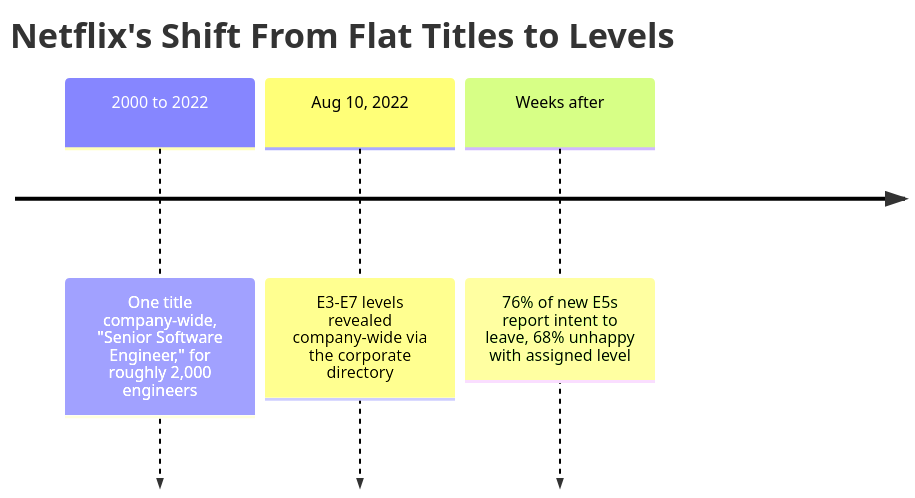
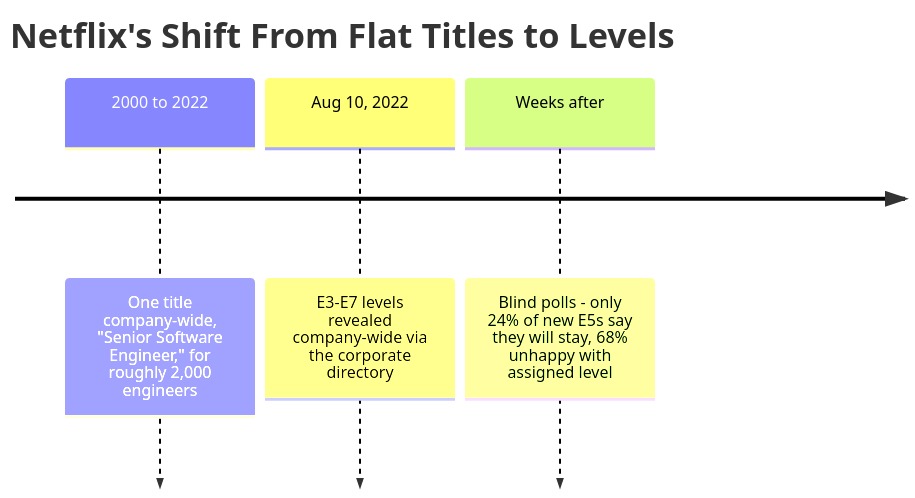
One commit to rppol/system-design changed the sixth of 6 diagrams in src/main/java/com/rutik/systemdesign/soft_skills/engineering_career_ladders/engineering_career_ladders.md. Above: the diagram before and after it, drawn with Mermaid. The commit also changed other lines of this file and 30 other files, not shown here.

````diff
--- a/src/main/java/com/rutik/systemdesign/soft_skills/engineering_career_ladders/engineering_career_ladders.md
+++ b/src/main/java/com/rutik/systemdesign/soft_skills/engineering_career_ladders/engineering_career_ladders.md
@@ -320,7 +355,7 @@
 ```mermaid
 timeline
     title Netflix's Shift From Flat Titles to Levels
     2000 to 2022 : One title company-wide, "Senior Software Engineer," for roughly 2,000 engineers
     Aug 10, 2022 : E3-E7 levels revealed company-wide via the corporate directory
-    Weeks after : 76% of new E5s report intent to leave, 68% unhappy with assigned level
+    Weeks after : Blind polls - only 24% of new E5s say they will stay, 68% unhappy with assigned level
 ```
````
